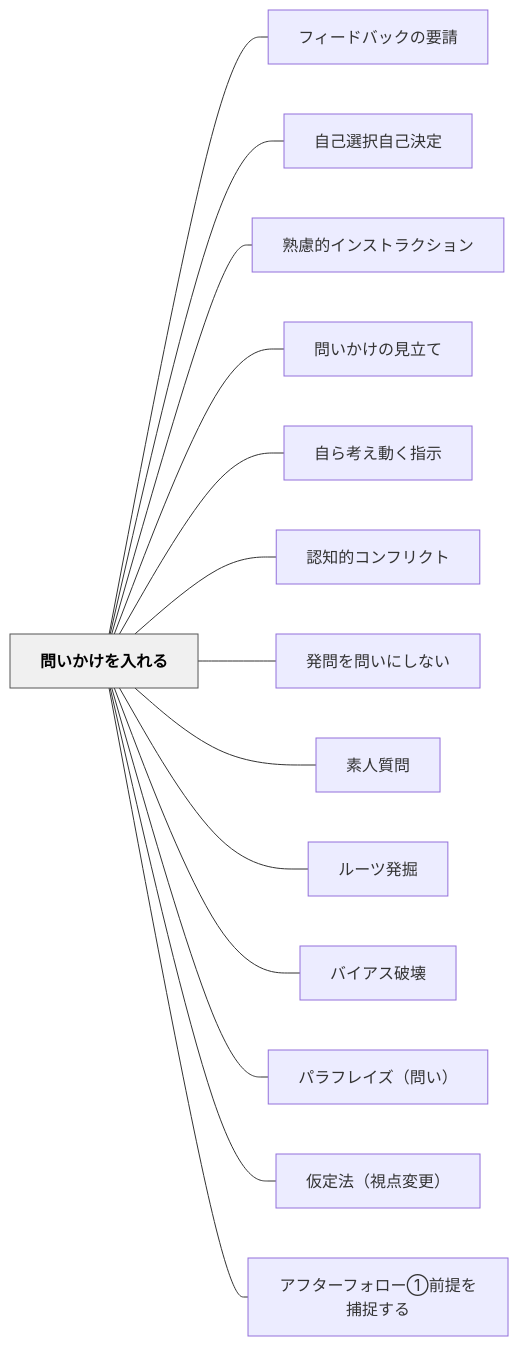
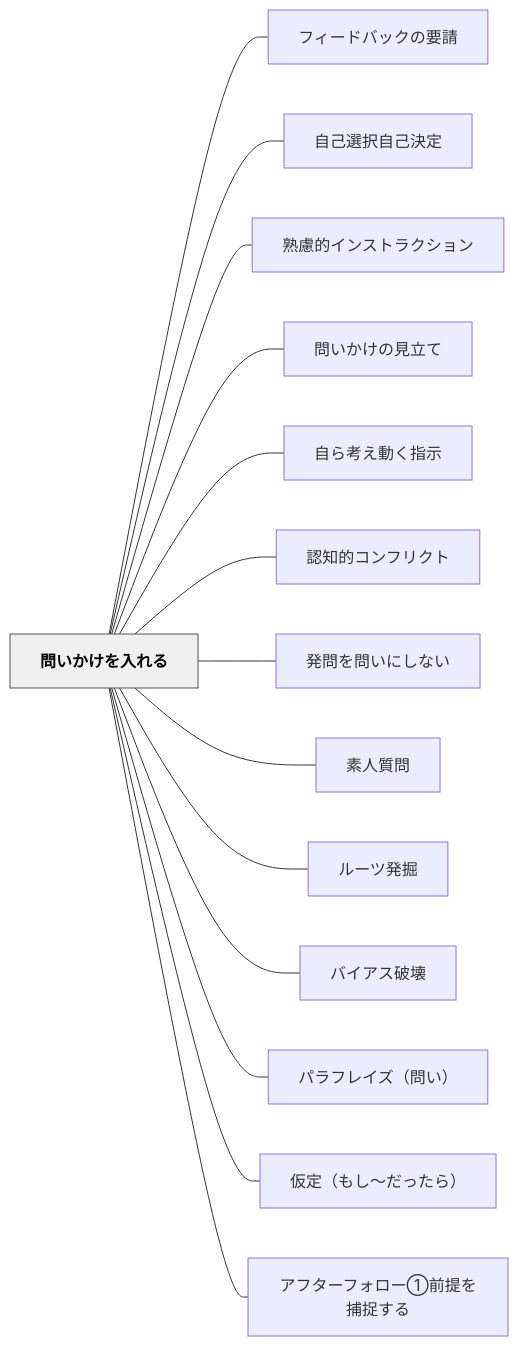
Before and after one commit to unknownthings-ed-patterns/unknownthings-ed-patterns: the diagram in content/パタン/問いかけを入れる.md, drawn with Mermaid. The commit also changed other lines of this file and 16 other files, not shown here.

````diff
--- a/content/パタン/問いかけを入れる.md
+++ b/content/パタン/問いかけを入れる.md
@@ -81,34 +81,34 @@
 ```mermaid
 flowchart LR
     ne5958fe38184e3818be38191e38292e585a5e3828ce3828b["問いかけを入れる"]
     ne38395e382a3e383bce38389e38390e38383e382afe381aee8a681e8ab8b["フィードバックの要請"]
     ne887aae5b7b1e981b8e68a9ee887aae5b7b1e6b1bae5ae9a["自己選択自己決定"]
     ne7869fe685aee79a84e382a4e383b3e382b9e38388e383a9e382afe382b7e383a7e383b3["熟慮的インストラクション"]
     ne5958fe38184e3818be38191e381aee8a68be7ab8be381a6["問いかけの見立て"]
     ne887aae38289e88083e38188e58b95e3818fe68c87e7a4ba["自ら考え動く指示"]
     ne8aa8de79fa5e79a84e382b3e383b3e38395e383aae382afe38388["認知的コンフリクト"]
     ne799bae5958fe38292e5958fe38184e381abe38197e381aae38184["発問を問いにしない"]
     ne7b4a0e4babae8b3aae5958f["素人質問"]
     ne383abe383bce38384e799bae68e98["ルーツ発掘"]
     ne38390e382a4e382a2e382b9e7a0b4e5a38a["バイアス破壊"]
     ne38391e383a9e38395e383ace382a4e382baefbc88e5958fe38184efbc89["パラフレイズ（問い）"]
-    ne4bbaee5ae9ae6b395efbc88e8a696e782b9e5a489e69bb4efbc89["仮定法（視点変更）"]
+    ne4bbaee5ae9aefbc88e38282e38197e3809ce381a0e381a3e3819fe38289efbc89["仮定（もし〜だったら）"]
     ne382a2e38395e382bfe383bce38395e382a9e383ade383bce291a0e5898de68f90e38292e68d95e68d89e38199e3828b["アフターフォロー①前提を捕捉する"]
 
     ne5958fe38184e3818be38191e38292e585a5e3828ce3828b --- ne38395e382a3e383bce38389e38390e38383e382afe381aee8a681e8ab8b
     ne5958fe38184e3818be38191e38292e585a5e3828ce3828b --- ne887aae5b7b1e981b8e68a9ee887aae5b7b1e6b1bae5ae9a
     ne5958fe38184e3818be38191e38292e585a5e3828ce3828b --- ne7869fe685aee79a84e382a4e383b3e382b9e38388e383a9e382afe382b7e383a7e383b3
     ne5958fe38184e3818be38191e38292e585a5e3828ce3828b --- ne5958fe38184e3818be38191e381aee8a68be7ab8be381a6
     ne5958fe38184e3818be38191e38292e585a5e3828ce3828b --- ne887aae38289e88083e38188e58b95e3818fe68c87e7a4ba
     ne5958fe38184e3818be38191e38292e585a5e3828ce3828b --- ne8aa8de79fa5e79a84e382b3e383b3e38395e383aae382afe38388
     ne5958fe38184e3818be38191e38292e585a5e3828ce3828b --- ne799bae5958fe38292e5958fe38184e381abe38197e381aae38184
     ne5958fe38184e3818be38191e38292e585a5e3828ce3828b --- ne7b4a0e4babae8b3aae5958f
     ne5958fe38184e3818be38191e38292e585a5e3828ce3828b --- ne383abe383bce38384e799bae68e98
     ne5958fe38184e3818be38191e38292e585a5e3828ce3828b --- ne38390e382a4e382a2e382b9e7a0b4e5a38a
     ne5958fe38184e3818be38191e38292e585a5e3828ce3828b --- ne38391e383a9e38395e383ace382a4e382baefbc88e5958fe38184efbc89
-    ne5958fe38184e3818be38191e38292e585a5e3828ce3828b --- ne4bbaee5ae9ae6b395efbc88e8a696e782b9e5a489e69bb4efbc89
+    ne5958fe38184e3818be38191e38292e585a5e3828ce3828b --- ne4bbaee5ae9aefbc88e38282e38197e3809ce381a0e381a3e3819fe38289efbc89
     ne5958fe38184e3818be38191e38292e585a5e3828ce3828b --- ne382a2e38395e382bfe383bce38395e382a9e383ade383bce291a0e5898de68f90e38292e68d95e68d89e38199e3828b
 
     classDef hub fill:#f0f0f0,stroke:#555,color:#000,font-weight:bold
     class ne5958fe38184e3818be38191e38292e585a5e3828ce3828b hub
 ```
````
